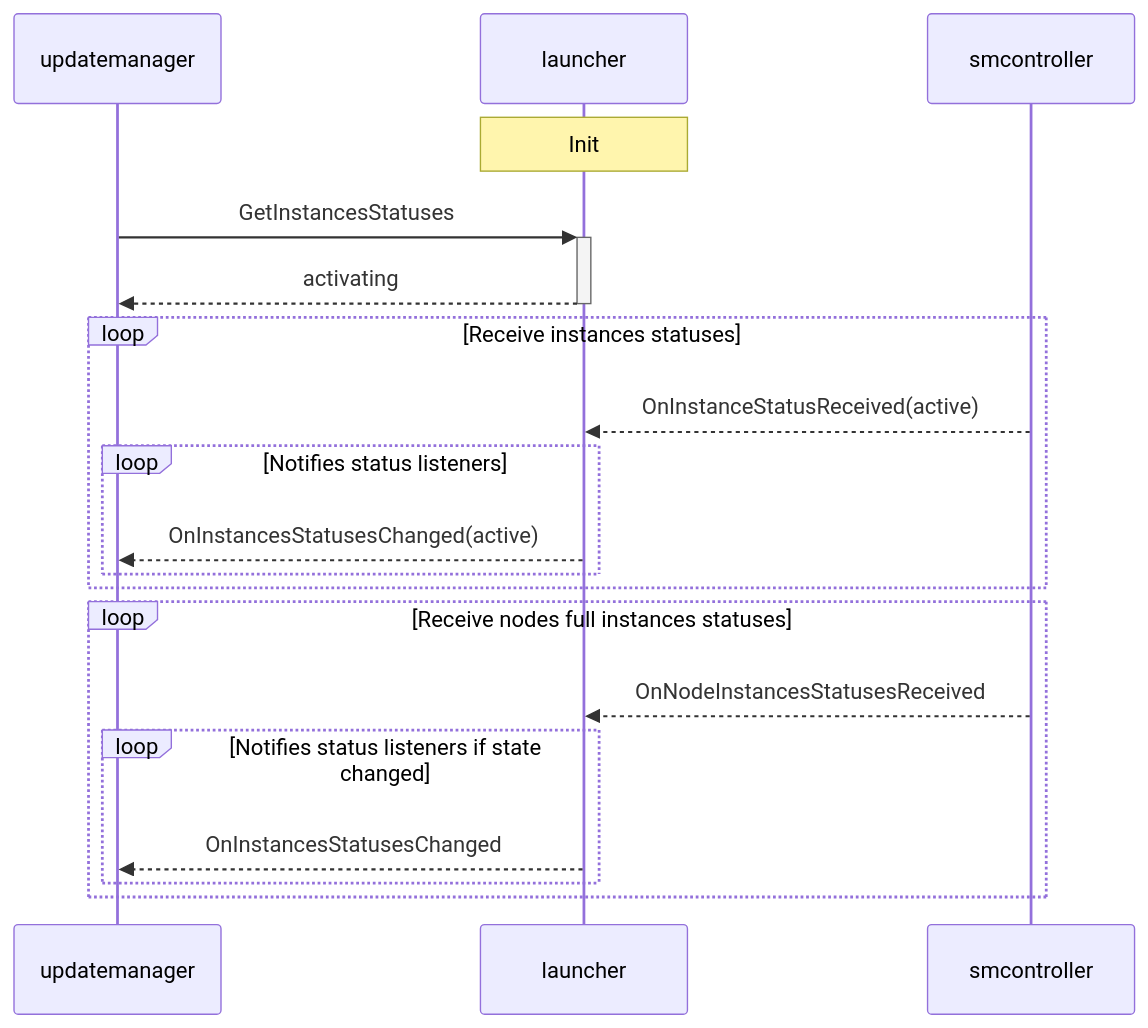
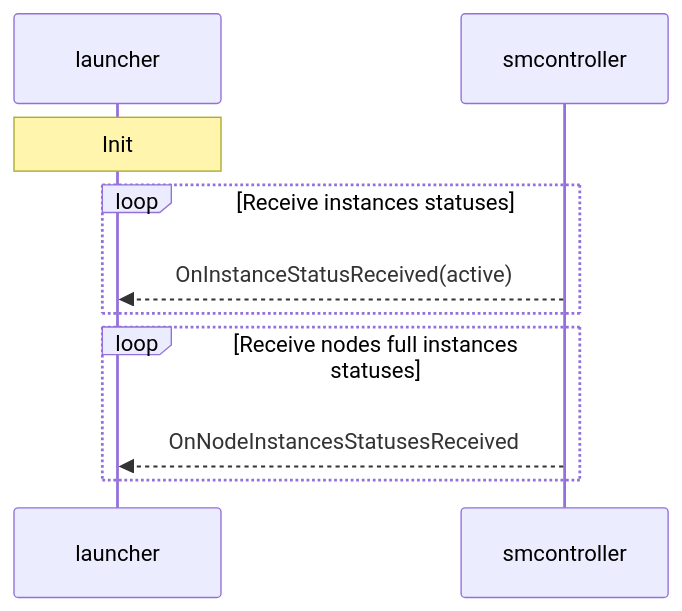
One commit to aosedge/aos_core_lib_cpp changed the second of 4 diagrams in src/core/cm/launcher/launcher.md. Above: the diagram before and after it, drawn with Mermaid. The commit also changed other lines of this file and 5 other files, not shown here.

````diff
--- a/src/core/cm/launcher/launcher.md
+++ b/src/core/cm/launcher/launcher.md
@@ -115,27 +107,15 @@
 ```mermaid
 sequenceDiagram
-    participant updatemanager
     participant launcher
     participant smcontroller
 
     Note over launcher: Init
 
-    updatemanager ->>+ launcher: GetInstancesStatuses
-    launcher -->>- updatemanager: activating
-
     loop Receive instances statuses
         smcontroller -->> launcher: OnInstanceStatusReceived(active)
-
-        loop Notifies status listeners
-            launcher -->> updatemanager: OnInstancesStatusesChanged(active)
-        end
     end
 
     loop Receive nodes full instances statuses
         smcontroller -->> launcher: OnNodeInstancesStatusesReceived
-
-        loop Notifies status listeners if state changed
-            launcher -->> updatemanager: OnInstancesStatusesChanged
-        end
     end
 ```
````
